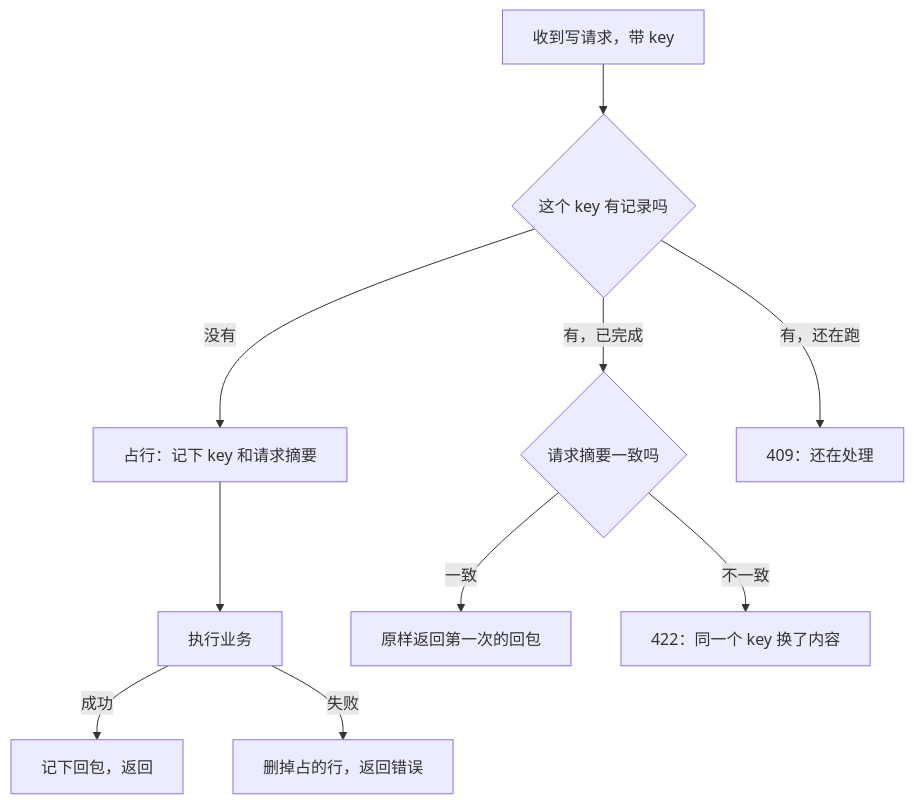
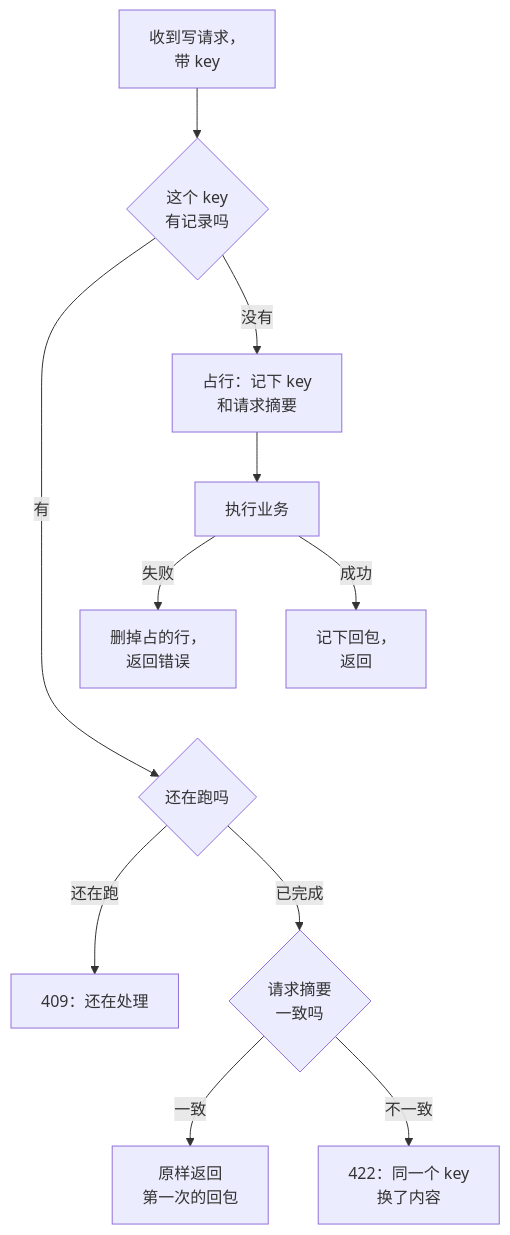
The first of 2 diagrams in books/system-design/06-idempotency-consistency.md (jarvis-pro/hatch-shelf), drawn with Mermaid before and after one commit. The commit also changed other lines of this file and 432 other files, not shown here.

````diff
--- a/books/system-design/06-idempotency-consistency.md
+++ b/books/system-design/06-idempotency-consistency.md
@@ -50,12 +50,14 @@
 ```mermaid
 flowchart TD
-  A[收到写请求，带 key] --> B{这个 key 有记录吗}
-  B -->|没有| C[占行：记下 key 和请求摘要]
+  A["收到写请求，<br/>带 key"] --> B{"这个 key<br/>有记录吗"}
+  B -->|没有| C["占行：记下 key<br/>和请求摘要"]
   C --> D[执行业务]
-  D -->|成功| E[记下回包，返回]
-  D -->|失败| F[删掉占的行，返回错误]
-  B -->|有，已完成| G{请求摘要一致吗}
-  G -->|一致| H[原样返回第一次的回包]
-  G -->|不一致| I[422：同一个 key 换了内容]
-  B -->|有，还在跑| J[409：还在处理]
+  D -->|成功| E["记下回包，<br/>返回"]
+  D -->|失败| F["删掉占的行，<br/>返回错误"]
+  B -->|有| K{"还在跑吗"}
+  K -->|"还在跑"| J["409：还在处理"]
+  K -->|"已完成"| G{"请求摘要<br/>一致吗"}
+  G -->|一致| H["原样返回<br/>第一次的回包"]
+  G -->|不一致| I["422：同一个 key<br/>换了内容"]
+  E ~~~ K
 ```
````
